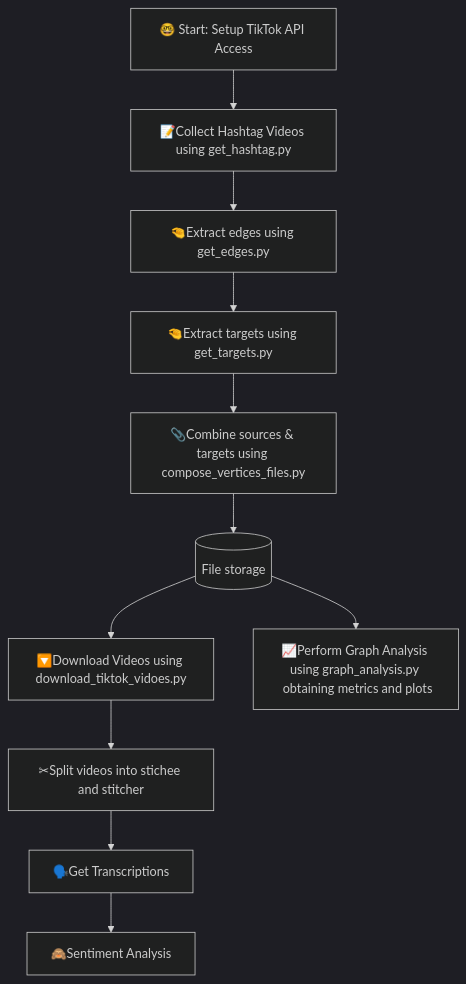
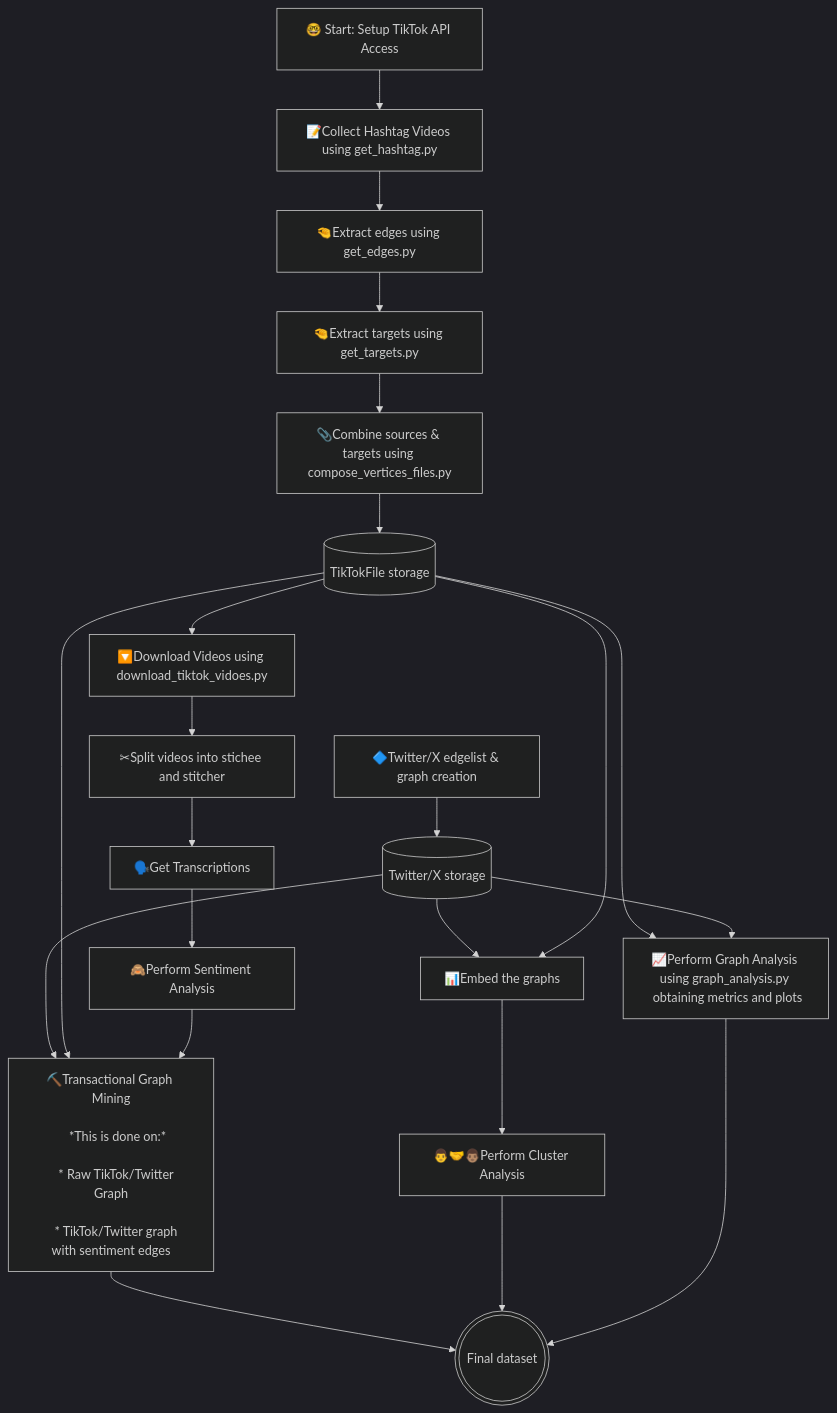
Before and after one commit to Marcus-Friis/thesis: the diagram in README.md, drawn with Mermaid.

````diff
--- a/README.md
+++ b/README.md
@@ -11,59 +11,82 @@
 ```mermaid
 %%{init: {'theme': 'dark', 'themeVariables': { 'primaryColor': '#4f98ca', 'edgeLabelBackground':'#2b2b2b', 'nodeTextColor': '#ffffff', 'background': '#1e1e1e'}}}%%
 
 graph TD
     
     %% Define each step in the pipeline
 
-    A[🤓 Start: Setup TikTok API Access ] 
+    A[🤓 Start: Setup TikTok API Access] 
+    AA[🔷Twitter/X edgelist & graph creation]
     B[📝Collect Hashtag Videos using get_hashtag.py]
     C[🤏Extract edges using get_edges.py]
     D[🤏Extract targets using get_targets.py]
     E[📎Combine sources & targets using compose_vertices_files.py]
-    F[(File storage)]
+    F[(TikTokFile storage)]
+    FF[(Twitter/X storage)]
     G[🔽Download Videos using download_tiktok_vidoes.py]
     H[📈Perform Graph Analysis using graph_analysis.py <br> obtaining metrics and plots]
     I[✂Split videos into stichee and stitcher]
     J[🗣️Get Transcriptions]
-    K[🙈Sentiment Analysis]
+    K[🙈Perform Sentiment Analysis]
+    L[📊Embed the graphs]
+    M[👨‍🤝‍👨🏽Perform Cluster Analysis]
+    N["⛏️Transactional Graph Mining<br>
+    *This is done on:*<br>
+    * Raw TikTok/Twitter Graph<br>
+    * TikTok/Twitter graph with sentiment edges"]
+
+    Final(((Final dataset)))
+    
 
     %% I dont know the alphabet
-    %% KLMNOPQRTSUVXYZ
+    %% MNOPQRTSUVXYZ
 
     %% Connect the steps together
 
     A --> B
+    AA --> FF
     B --> C
     C --> D
     D --> E
     E --> F
     F --> G
     F --> H
+    FF --> H
+    FF --> L
+    FF --> N
     G --> I
     I --> J
     J --> K
+    F --> L
+    L --> M
+    F --> N
+    K --> N
+
+    N --> Final
+    M --> Final
+    H --> Final
    %% Add hrefs to the steps
 
 
     click A href "https://github.com/Marcus-Friis/thesis/tree/cleanup?tab=readme-ov-file#tiktok-api" "click A"
 
     click B href "https://github.com/Marcus-Friis/thesis/tree/cleanup?tab=readme-ov-file#get-hashtag-stitches" "click B"
 
     click C href "https://github.com/Marcus-Friis/thesis?tab=readme-ov-file#stitch-edge-scraper" "click C"
 
     click D href "https://github.com/Marcus-Friis/thesis?tab=readme-ov-file#extract-targets" "click D"
 
     click E "https://github.com/Marcus-Friis/thesis?tab=readme-ov-file#script-1-stitcher-and-stitchee-data-processing" "click E"
 
     click F "https://github.com/Marcus-Friis/thesis/tree/main/data" "click F"
 
     click G "https://github.com/Marcus-Friis/thesis?tab=readme-ov-file#helper-script-for-quickly-downloading-videos" "click G"
 
     click H "https://github.com/Marcus-Friis/thesis?tab=readme-ov-file#graph-analysis" "click H"
 
     click I "https://github.com/Marcus-Friis/thesis?tab=readme-ov-file#split-videos-into-sticher-and-stichee" "click I"
 
     %%click J "" "click J"
 
 
 ```
````
